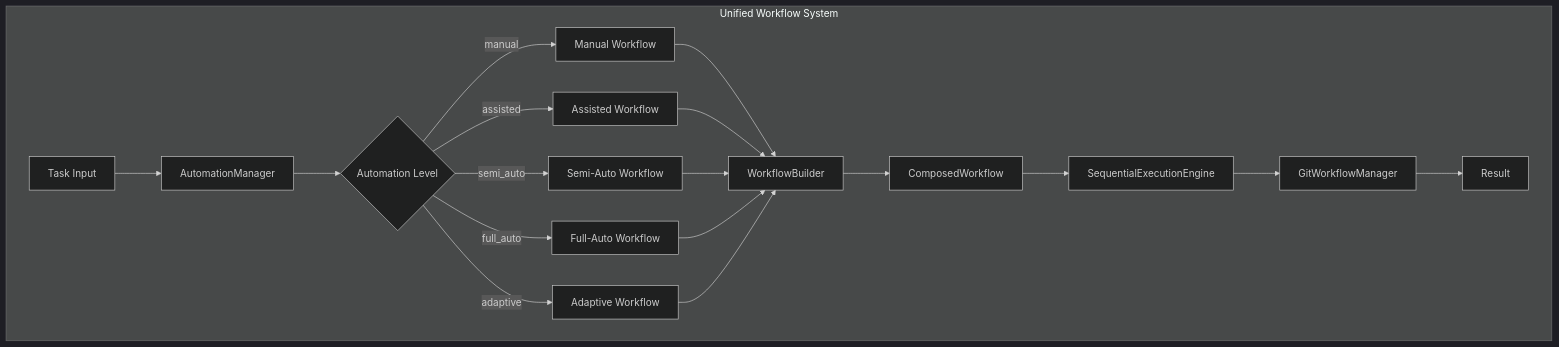
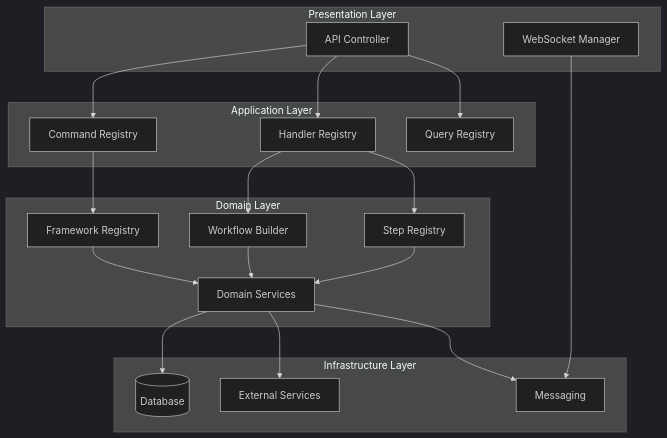
The diagram in docs/architecture/Data.md (fr4iser90/PIDEA), drawn with Mermaid (dark theme) before and after one commit. The commit also changed other lines of this file and 8 other files, not shown here.

````diff
--- a/docs/architecture/Data.md
+++ b/docs/architecture/Data.md
@@ -54,24 +149,44 @@
 ```mermaid
 graph TB
-    subgraph "Unified Workflow System"
-        A[Task Input] --> B[AutomationManager]
-        B --> C{Automation Level}
-        
-        C -->|manual| D[Manual Workflow]
-        C -->|assisted| E[Assisted Workflow]
-        C -->|semi_auto| F[Semi-Auto Workflow]
-        C -->|full_auto| G[Full-Auto Workflow]
-        C -->|adaptive| H[Adaptive Workflow]
-        
-        D --> I[WorkflowBuilder]
-        E --> I
-        F --> I
-        G --> I
-        H --> I
-        
-        I --> J[ComposedWorkflow]
-        J --> K[SequentialExecutionEngine]
-        K --> L[GitWorkflowManager]
-        L --> M[Result]
+    subgraph "Presentation Layer"
+        API[API Controller]
+        WS[WebSocket Manager]
     end
+    
+    subgraph "Application Layer"
+        CMD[Command Registry]
+        HND[Handler Registry]
+        QRY[Query Registry]
+    end
+    
+    subgraph "Domain Layer"
+        FR[Framework Registry]
+        WR[Workflow Builder]
+        SR[Step Registry]
+        DS[Domain Services]
+    end
+    
+    subgraph "Infrastructure Layer"
+        DB[(Database)]
+        EXT[External Services]
+        MSG[Messaging]
+    end
+    
+    API --> CMD
+    API --> HND
+    API --> QRY
+    
+    CMD --> FR
+    HND --> WR
+    HND --> SR
+    
+    FR --> DS
+    WR --> DS
+    SR --> DS
+    
+    DS --> DB
+    DS --> EXT
+    DS --> MSG
+    
+    WS --> MSG
 ```
````
